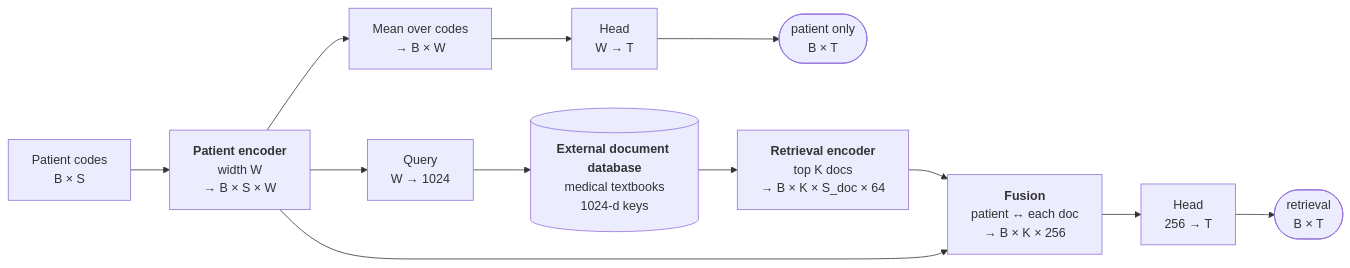
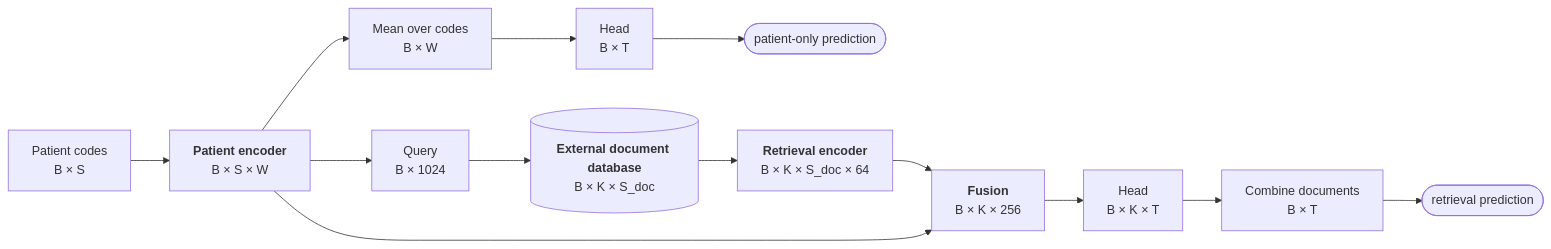
Before and after one commit to McDermottHealthAI/medrap-experiments: the diagram in scaling_laws/architecture.mmd, drawn with Mermaid. The commit also changed 2 other files, not shown here.

Commit message:
docs(scaling_laws): one output shape per architecture box

```diff
--- a/scaling_laws/architecture.mmd
+++ b/scaling_laws/architecture.mmd
@@ -1,18 +1,19 @@
 flowchart LR
     IN["Patient codes<br/>B × S"]
-    PE["<b>Patient encoder</b><br/>width W<br/>→ B × S × W"]
-    POOL["Mean over codes<br/>→ B × W"]
-    HEAD1["Head<br/>W → T"]
-    OUT1(["patient only<br/>B × T"])
+    PE["<b>Patient encoder</b><br/>B × S × W"]
+    POOL["Mean over codes<br/>B × W"]
+    HEAD1["Head<br/>B × T"]
+    OUT1(["patient-only prediction"])
 
-    Q["Query<br/>W → 1024"]
-    DB[("<b>External document database</b><br/>medical textbooks<br/>1024-d keys")]
-    RE["<b>Retrieval encoder</b><br/>top K docs<br/>→ B × K × S_doc × 64"]
-    FUS["<b>Fusion</b><br/>patient ↔ each doc<br/>→ B × K × 256"]
-    HEAD2["Head<br/>256 → T"]
-    OUT2(["retrieval<br/>B × T"])
+    Q["Query<br/>B × 1024"]
+    DB[("<b>External document database</b><br/>B × K × S_doc")]
+    RE["<b>Retrieval encoder</b><br/>B × K × S_doc × 64"]
+    FUS["<b>Fusion</b><br/>B × K × 256"]
+    HEAD2["Head<br/>B × K × T"]
+    COMB["Combine documents<br/>B × T"]
+    OUT2(["retrieval prediction"])
 
     IN --> PE
     PE --> POOL --> HEAD1 --> OUT1
-    PE --> Q --> DB --> RE --> FUS --> HEAD2 --> OUT2
+    PE --> Q --> DB --> RE --> FUS --> HEAD2 --> COMB --> OUT2
     PE --> FUS
```
